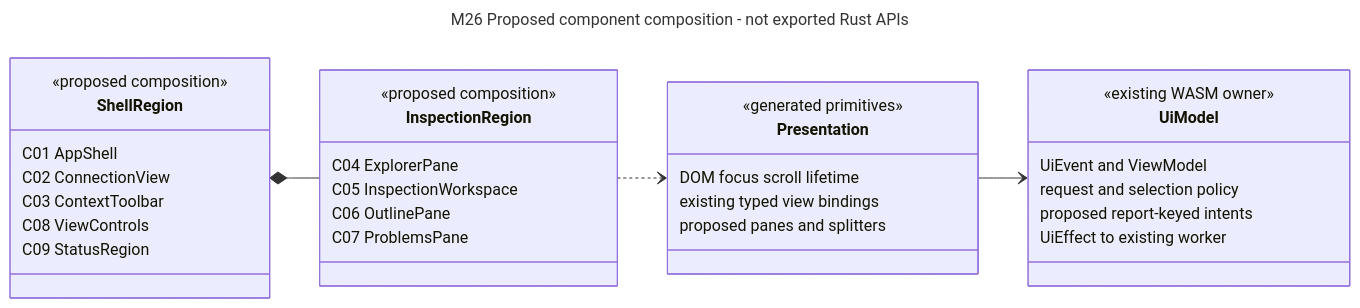
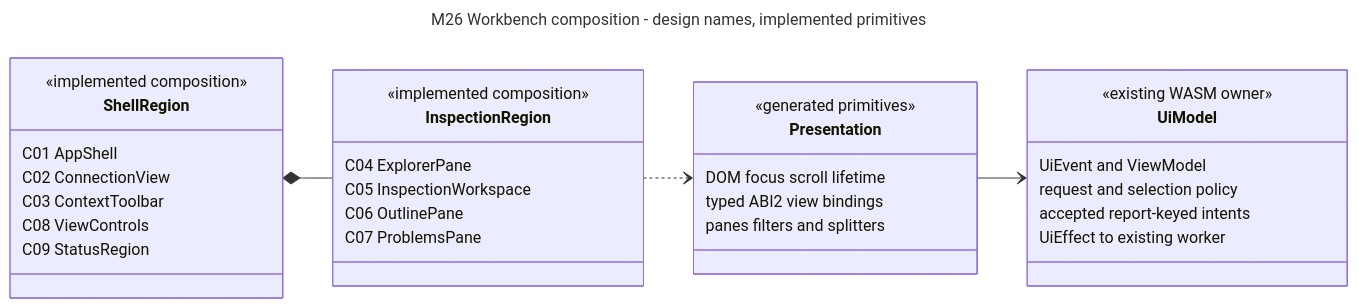
The diagram in docs/architecture/diagrams/mermaid/m26-ui-components.mmd (roachmaster/homelab), drawn with Mermaid before and after one commit. The commit also changed 45 other files, not shown here.

Commit message:
Implement generated IDE workbench components and keyed worker transitions

```diff
--- a/docs/architecture/diagrams/mermaid/m26-ui-components.mmd
+++ b/docs/architecture/diagrams/mermaid/m26-ui-components.mmd
@@ -1,36 +1,36 @@
 ---
-title: M26 Proposed component composition - not exported Rust APIs
+title: M26 Workbench composition - design names, implemented primitives
 ---
 classDiagram
   direction LR
   class ShellRegion {
-    <<proposed composition>>
+    <<implemented composition>>
     C01 AppShell
     C02 ConnectionView
     C03 ContextToolbar
     C08 ViewControls
     C09 StatusRegion
   }
   class InspectionRegion {
-    <<proposed composition>>
+    <<implemented composition>>
     C04 ExplorerPane
     C05 InspectionWorkspace
     C06 OutlinePane
     C07 ProblemsPane
   }
   class Presentation {
     <<generated primitives>>
     DOM focus scroll lifetime
-    existing typed view bindings
-    proposed panes and splitters
+    typed ABI2 view bindings
+    panes filters and splitters
   }
   class UiModel {
     <<existing WASM owner>>
     UiEvent and ViewModel
     request and selection policy
-    proposed report-keyed intents
+    accepted report-keyed intents
     UiEffect to existing worker
   }
   ShellRegion *-- InspectionRegion
   InspectionRegion ..> Presentation
   Presentation --> UiModel
```
